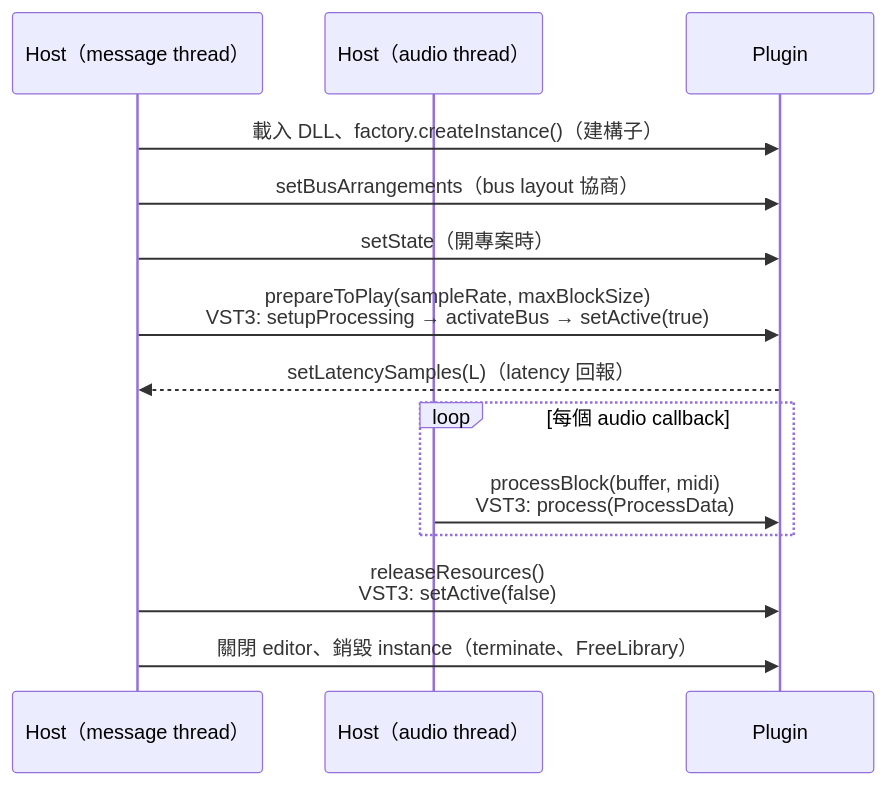
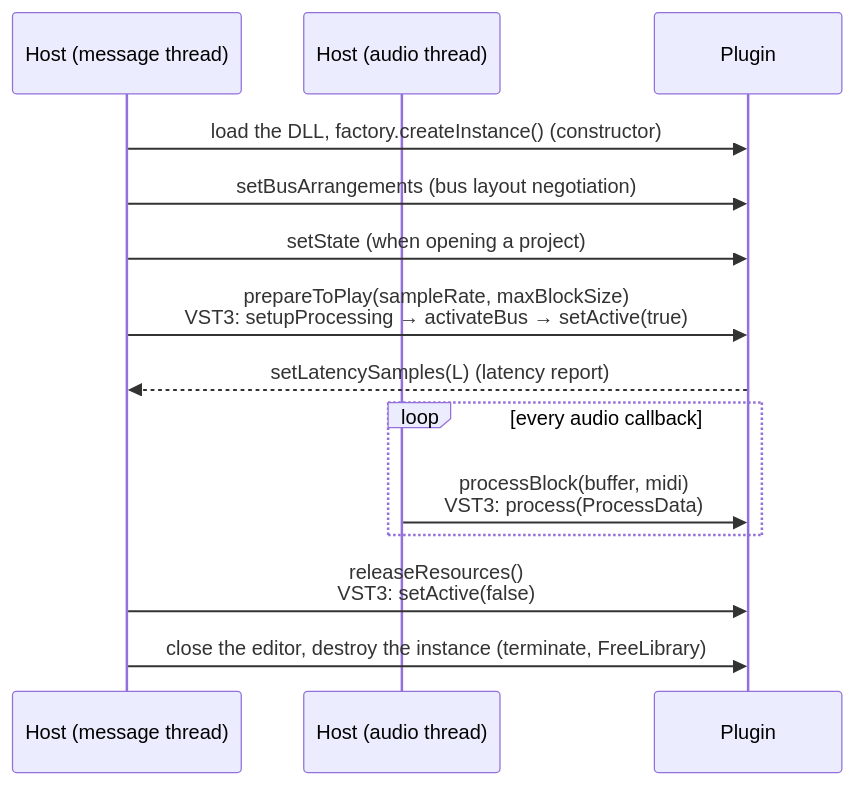
The diagram in lessons/13-vst-hosting/README.md (TomHsieh300/DAW-for-fun), drawn with Mermaid before and after one commit. The commit also changed other lines of this file and 31 other files, not shown here.

````diff
--- a/lessons/13-vst-hosting/README.md
+++ b/lessons/13-vst-hosting/README.md
@@ -202,16 +203,16 @@
 ```mermaid
 sequenceDiagram
-    participant H as Host（message thread）
-    participant A as Host（audio thread）
+    participant H as Host (message thread)
+    participant A as Host (audio thread)
     participant P as Plugin
-    H->>P: 載入 DLL、factory.createInstance()（建構子）
-    H->>P: setBusArrangements（bus layout 協商）
-    H->>P: setState（開專案時）
+    H->>P: load the DLL, factory.createInstance() (constructor)
+    H->>P: setBusArrangements (bus layout negotiation)
+    H->>P: setState (when opening a project)
     H->>P: prepareToPlay(sampleRate, maxBlockSize)<br/>VST3: setupProcessing → activateBus → setActive(true)
-    P-->>H: setLatencySamples(L)（latency 回報）
-    loop 每個 audio callback
+    P-->>H: setLatencySamples(L) (latency report)
+    loop every audio callback
         A->>P: processBlock(buffer, midi)<br/>VST3: process(ProcessData)
     end
     H->>P: releaseResources()<br/>VST3: setActive(false)
-    H->>P: 關閉 editor、銷毀 instance（terminate、FreeLibrary）
+    H->>P: close the editor, destroy the instance (terminate, FreeLibrary)
 ```
````
